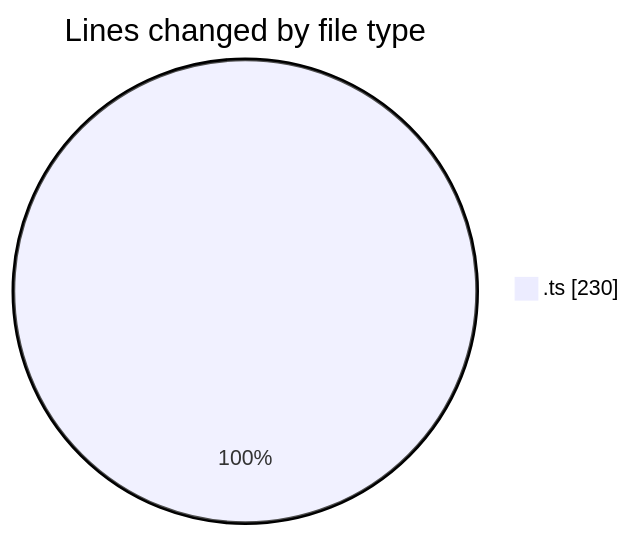
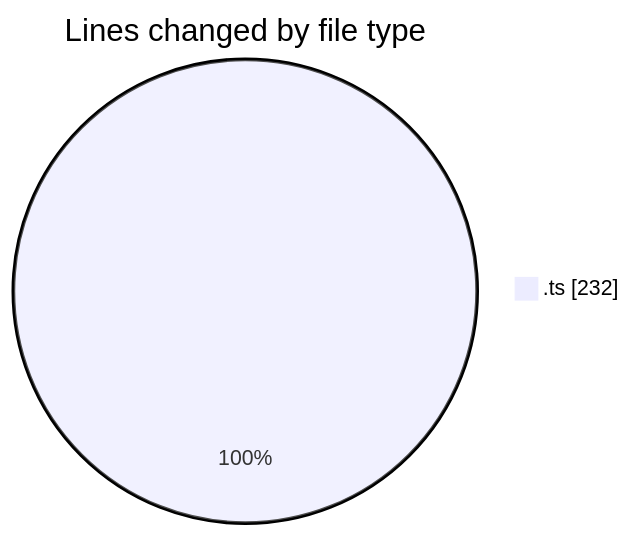
The first of 2 diagrams in 2026-05-06/nxtqube_webapp/README.md (nxtqubesakshisongat/code-tracking), drawn with Mermaid before and after one commit. The commit also changed other lines of this file and 1 other file, not shown here.

````diff
--- a/2026-05-06/nxtqube_webapp/README.md
+++ b/2026-05-06/nxtqube_webapp/README.md
@@ -21,5 +21,5 @@
 ```mermaid
 pie showData
 title Lines changed by file type
-".ts" : 230
+".ts" : 232
 ```
````
